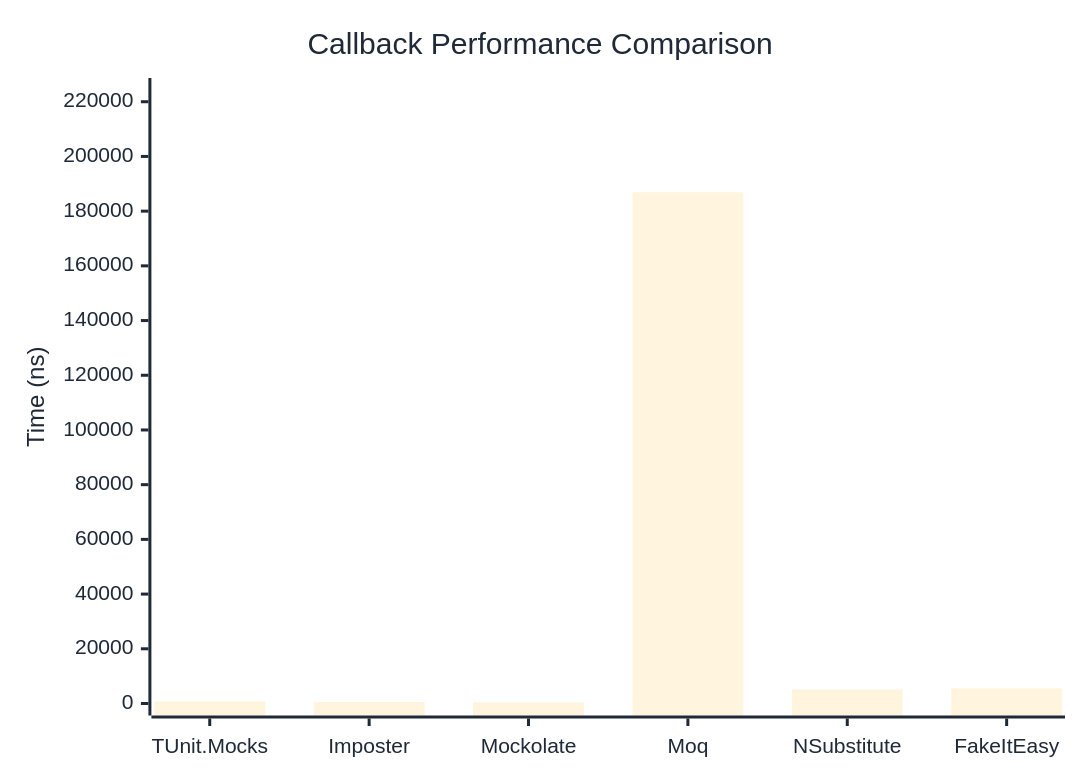
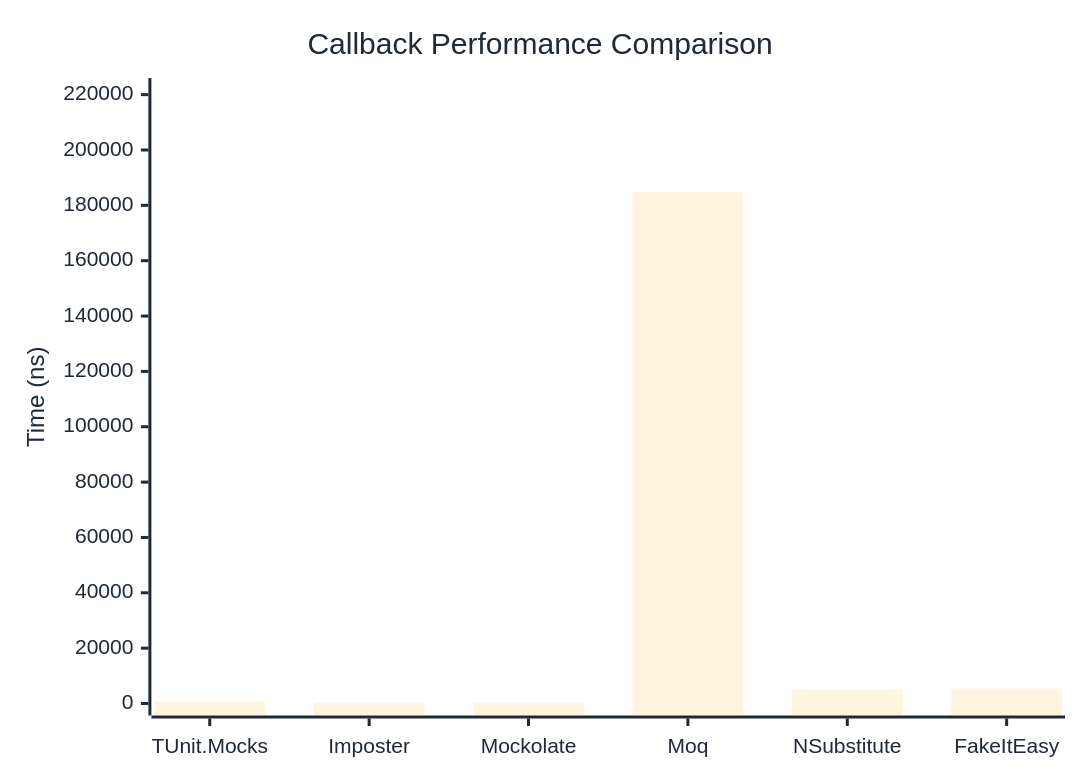
Before and after one commit to thomhurst/TUnit: the first of 2 diagrams in docs/docs/benchmarks/mocks/Callback.md, drawn with Mermaid. The commit also changed other lines of this file and 14 other files, not shown here.

````diff
--- a/docs/docs/benchmarks/mocks/Callback.md
+++ b/docs/docs/benchmarks/mocks/Callback.md
@@ -30,27 +30,27 @@
 ```mermaid
 %%{init: {
   'theme':'base',
   'themeVariables': {
     'primaryColor': '#2563eb',
     'primaryTextColor': '#1f2937',
     'primaryBorderColor': '#1e40af',
     'lineColor': '#6b7280',
     'secondaryColor': '#7c3aed',
     'tertiaryColor': '#dc2626',
     'background': '#ffffff',
     'pie1': '#2563eb',
     'pie2': '#7c3aed',
     'pie3': '#dc2626',
     'pie4': '#f59e0b',
     'pie5': '#10b981',
     'pie6': '#06b6d4',
     'pie7': '#ec4899',
     'pie8': '#6366f1'
   }
 }}%%
 xychart-beta
   title "Callback Performance Comparison"
   x-axis ["TUnit.Mocks", "Imposter", "Mockolate", "Moq", "NSubstitute", "FakeItEasy"]
-  y-axis "Time (ns)" 0 --> 224289
-  bar [751, 545.8, 403, 186906.9, 5060.9, 5498.9]
+  y-axis "Time (ns)" 0 --> 221676
+  bar [723.4, 304.9, 365.7, 184729.2, 5070.8, 5410.3]
 ```
````
